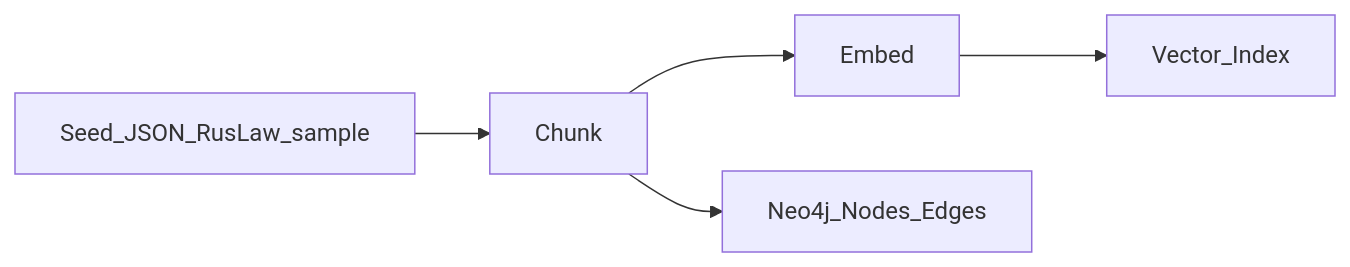
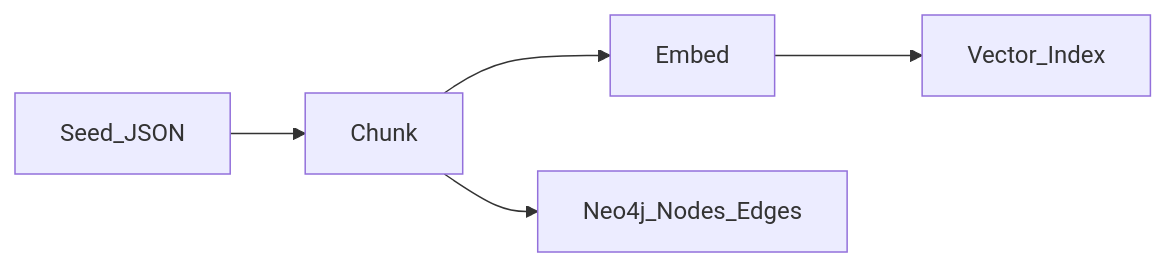
One commit to YuesIt17/yuit-docs-ai-architect-platform changed the first of 2 diagrams in docs/architecture/data-flow.md. Above: the diagram before and after it, drawn with Mermaid. The commit also changed other lines of this file and 49 other files, not shown here.

Commit message:
feat: add diagrams, fix docs

````diff
--- a/docs/architecture/data-flow.md
+++ b/docs/architecture/data-flow.md
@@ -5,7 +11,7 @@
 ```mermaid
 flowchart LR
-  Seed[Seed_JSON_RusLaw_sample] --> Chunk[Chunk]
+  Seed[Seed_JSON] --> Chunk[Chunk]
   Chunk --> Embed[Embed]
   Embed --> Vec[Vector_Index]
   Chunk --> Graph[Neo4j_Nodes_Edges]
 ```
````
